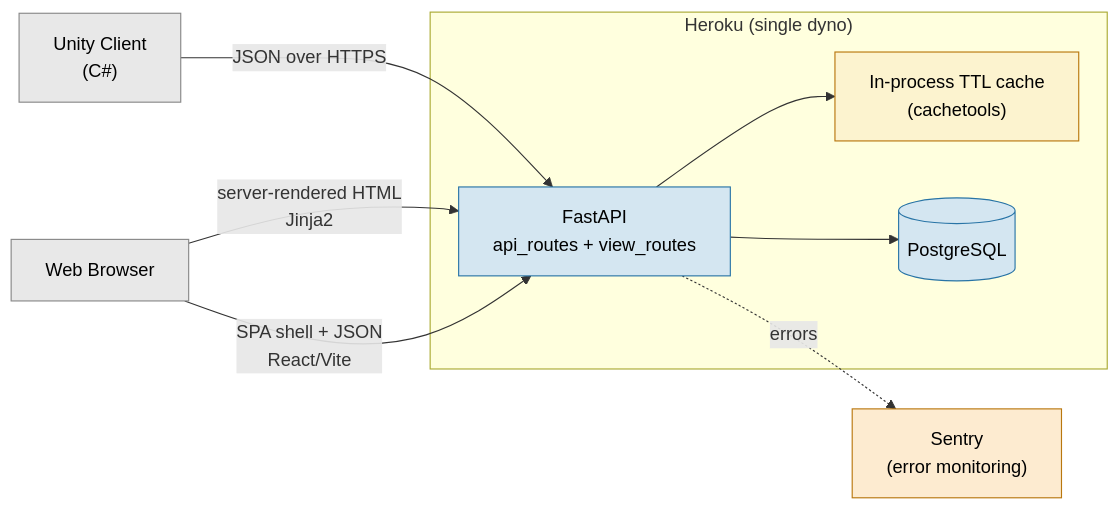
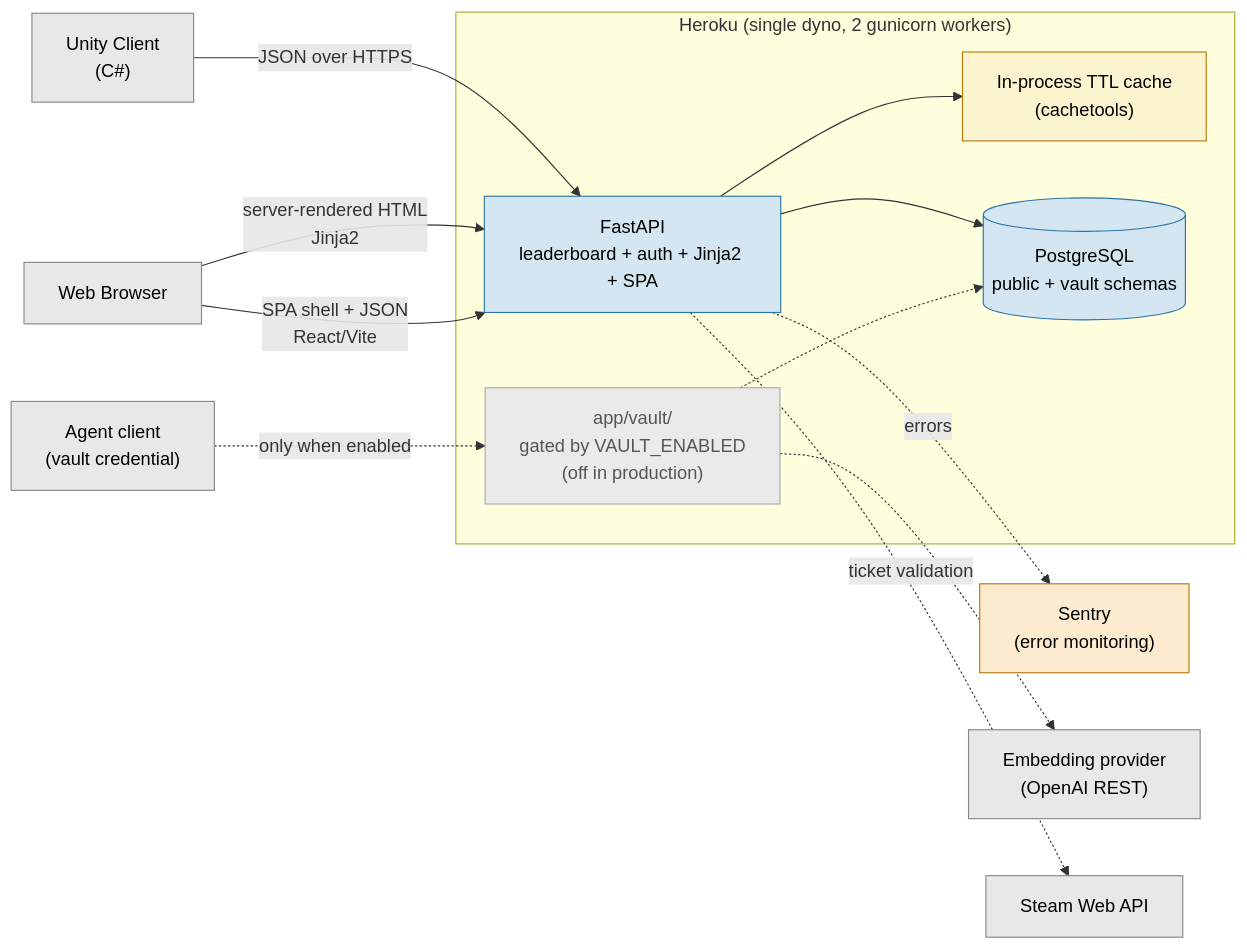
The first of 4 diagrams in README.md (EricMay256/HighScoreServer), drawn with Mermaid before and after one commit. The commit also changed other lines of this file, not shown here.

First line of the commit message:
docs(readme): reflect current state and price the vault's tenancy

````diff
--- a/README.md
+++ b/README.md
@@ -22,25 +22,35 @@
 ```mermaid
 flowchart LR
     Unity["Unity Client<br/>(C#)"]
     Browser["Web Browser"]
-    subgraph Heroku["Heroku (single dyno)"]
-        API["FastAPI<br/>api_routes + view_routes"]
+    Agent["Agent client<br/>(vault credential)"]
+    subgraph Heroku["Heroku (single dyno, 2 gunicorn workers)"]
+        API["FastAPI<br/>leaderboard + auth + Jinja2 + SPA"]
         Cache["In-process TTL cache<br/>(cachetools)"]
-        Postgres[("PostgreSQL")]
+        Vault["app/vault/<br/>gated by VAULT_ENABLED<br/>(off in production)"]
+        Postgres[("PostgreSQL<br/>public + vault schemas")]
     end
     Sentry["Sentry<br/>(error monitoring)"]
+    Embeddings["Embedding provider<br/>(OpenAI REST)"]
+    Steam["Steam Web API"]
     Unity -->|JSON over HTTPS| API
     Browser -->|server-rendered HTML<br/>Jinja2| API
     Browser -->|SPA shell + JSON<br/>React/Vite| API
+    Agent -.->|only when enabled| Vault
     API --> Postgres
     API --> Cache
+    API -.->|ticket validation| Steam
+    Vault -.-> Postgres
+    Vault -.-> Embeddings
     API -.->|errors| Sentry
     classDef external fill:#e8e8e8,stroke:#888,color:#000
     classDef infra fill:#d4e6f1,stroke:#2874a6,color:#000
     classDef ephemeral fill:#fcf3cf,stroke:#b9770e,color:#000
     classDef monitoring fill:#fdebd0,stroke:#b9770e,color:#000
-    class Unity,Browser external
+    classDef gated fill:#eaeaea,stroke:#aaa,color:#555
+    class Unity,Browser,Agent,Steam,Embeddings external
     class API,Postgres infra
     class Cache ephemeral
     class Sentry monitoring
+    class Vault gated
 ```
````
